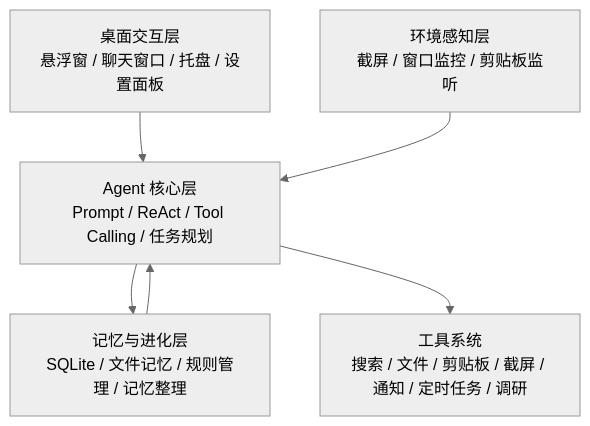
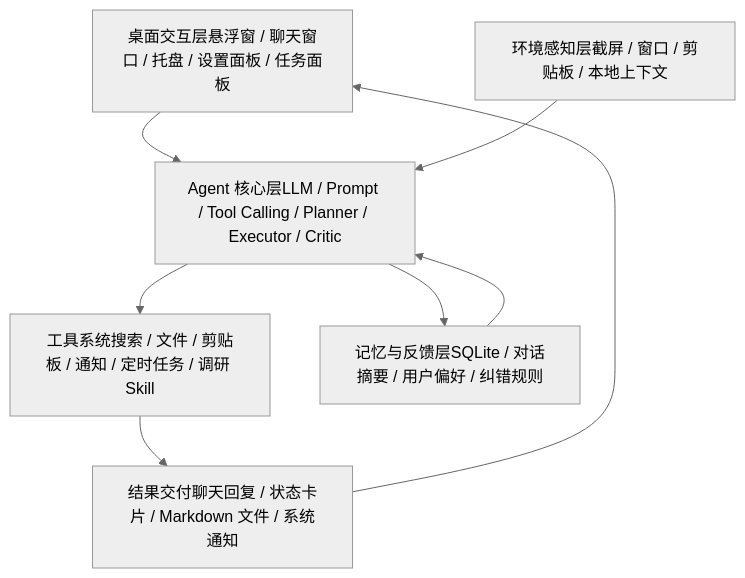
One commit to ln872790057/DeskAgent-EvolveCat changed the diagram in README.md. Above: the diagram before and after it, drawn with Mermaid (neutral theme). The commit also changed other lines of this file, not shown here.

````diff
--- a/README.md
+++ b/README.md
@@ -101,8 +111,17 @@
 ```mermaid
 flowchart TD
-    A[桌面交互层<br/>悬浮窗 / 聊天窗口 / 托盘 / 设置面板] --> B[Agent 核心层<br/>Prompt / ReAct / Tool Calling / 任务规划]
-    B --> C[记忆与进化层<br/>SQLite / 文件记忆 / 规则管理 / 记忆整理]
-    B --> D[工具系统<br/>搜索 / 文件 / 剪贴板 / 截屏 / 通知 / 定时任务 / 调研]
-    E[环境感知层<br/>截屏 / 窗口监控 / 剪贴板监听] --> B
-    C --> B
+    A[桌面交互层悬浮窗 / 聊天窗口 / 托盘 / 设置面板 / 任务面板]
+    B[Agent 核心层LLM / Prompt / Tool Calling / Planner / Executor / Critic]
+    C[工具系统搜索 / 文件 / 剪贴板 / 通知 / 定时任务 / 调研 Skill]
+    D[记忆与反馈层SQLite / 对话摘要 / 用户偏好 / 纠错规则]
+    E[环境感知层截屏 / 窗口 / 剪贴板 / 本地上下文]
+    F[结果交付聊天回复 / 状态卡片 / Markdown 文件 / 系统通知]
+
+    A --> B
+    B --> C
+    B --> D
+    E --> B
+    C --> F
+    D --> B
+    F --> A
 ```
````
